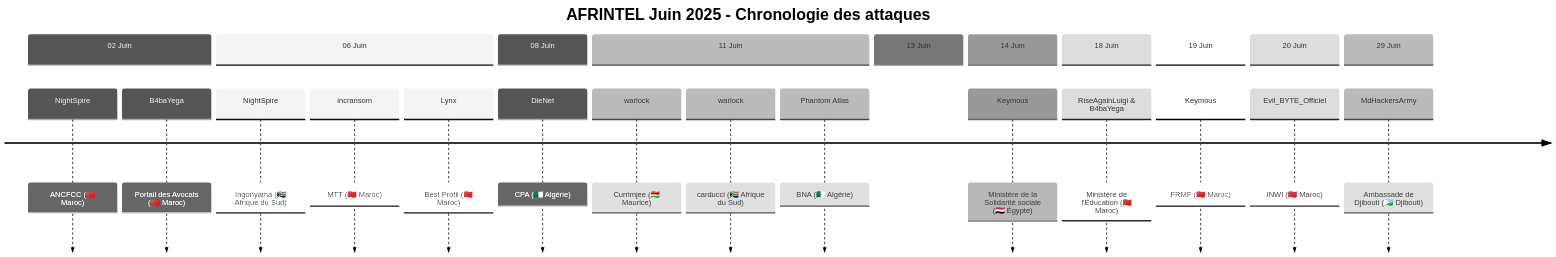
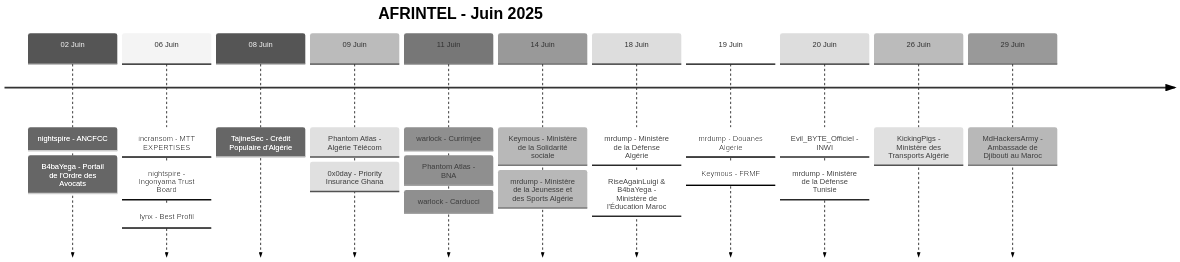
The third of 3 diagrams in CyberAttackAfrica/2025/06-june/README_FR.md (Hatchepsoute/AFRINTEL), drawn with Mermaid (neutral theme) before and after one commit. The commit also changed other lines of this file and 35 other files, not shown here.

````diff
--- a/CyberAttackAfrica/2025/06-june/README_FR.md
+++ b/CyberAttackAfrica/2025/06-june/README_FR.md
@@ -223,29 +223,25 @@
 ```mermaid
 timeline
-    title AFRINTEL Juin 2025 - Chronologie des attaques
-
-    section 02 Juin
-        NightSpire : ANCFCC (🇲🇦 Maroc)
-        B4baYega : Portail des Avocats (🇲🇦 Maroc)
-    section 06 Juin
-        NightSpire : Ingonyama (🇿🇦 Afrique du Sud)
-        incransom : MTT (🇲🇦 Maroc)
-        Lynx : Best Profil (🇲🇦 Maroc)
-    section 08 Juin
-        DieNet : CPA (🇩🇿 Algérie)
-    section 11 Juin
-        warlock : Currimjee (🇲🇺 Maurice)
-        warlock : carducci (🇿🇦 Afrique du Sud)
-        Phantom Atlas : BNA (🇩🇿 Algérie)
-    section 13 Juin
-    section 14 Juin
-        Keymous : Ministère de la Solidarité sociale (🇪🇬 Égypte)
-    section 18 Juin
-        RiseAgainLuigi & B4baYega : Ministère de l'Éducation (🇲🇦 Maroc)
-    section 19 Juin
-        Keymous : FRMF (🇲🇦 Maroc)
-    section 20 Juin
-        Evil_BYTE_Officiel : INWI (🇲🇦 Maroc)
-    section 29 Juin
-        MdHackersArmy : Ambassade de Djibouti (🇩🇯 Djibouti)
+    title AFRINTEL - Juin 2025
+    02 Juin : nightspire - ANCFCC
+            : B4baYega - Portail de l'Ordre des Avocats
+    06 Juin : incransom - MTT EXPERTISES
+            : nightspire - Ingonyama Trust Board
+            : lynx - Best Profil
+    08 Juin : TajineSec - Crédit Populaire d'Algérie
+    09 Juin : Phantom Atlas - Algérie Télécom
+            : 0x0day - Priority Insurance Ghana
+    11 Juin : warlock - Currimjee
+            : Phantom Atlas - BNA
+            : warlock - Carducci
+    14 Juin : Keymous - Ministère de la Solidarité sociale
+            : mrdump - Ministère de la Jeunesse et des Sports Algérie
+    18 Juin : mrdump - Ministère de la Défense Algérie
+            : RiseAgainLuigi & B4baYega - Ministère de l'Éducation Maroc
+    19 Juin : mrdump - Douanes Algérie
+            : Keymous - FRMF
+    20 Juin : Evil_BYTE_Officiel - INWI
+            : mrdump - Ministère de la Défense Tunisie
+    26 Juin : KickingPigs - Ministère des Transports Algérie
+    29 Juin : MdHackersArmy - Ambassade de Djibouti au Maroc
 ```
````
